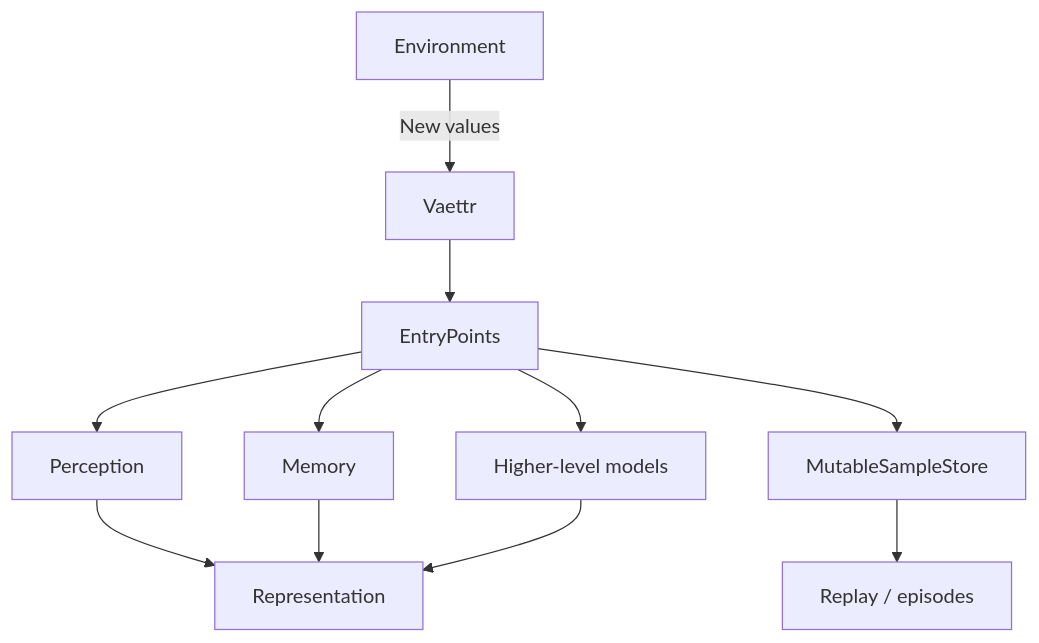
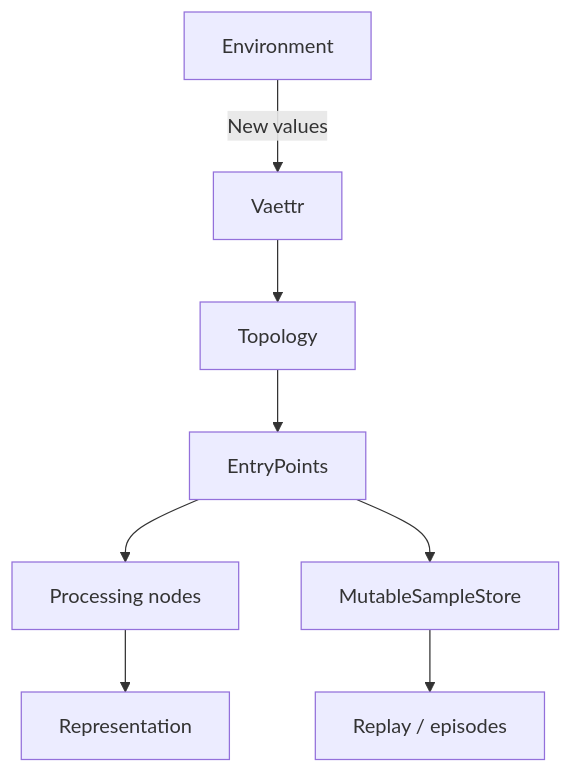
Before and after one commit to skasti/skyn-vaettr: the first of 2 diagrams in docs/sensory-representation.md, drawn with Mermaid. The commit also changed other lines of this file and 3 other files, not shown here.

````diff
--- a/docs/sensory-representation.md
+++ b/docs/sensory-representation.md
@@ -6,13 +7,10 @@
 ```mermaid
 flowchart TD
     ENV[Environment] -->|New values| Vaettr 
-    Vaettr --> EntryPoints[EntryPoints] 
-    EntryPoints --> Perception[Perception] 
-    EntryPoints --> Memory[Memory] 
-    EntryPoints --> Higher[Higher-level models] 
-    Perception --> Representation[Representation] 
-    Memory --> Representation 
-    Higher --> Representation 
+    Vaettr --> Topology[Topology]
+    Topology --> EntryPoints[EntryPoints]
+    EntryPoints --> Nodes[Processing nodes]
+    Nodes --> Representation[Representation]
     EntryPoints --> Store[MutableSampleStore] 
     Store --> Consumers[Replay / episodes]
 ```
````
